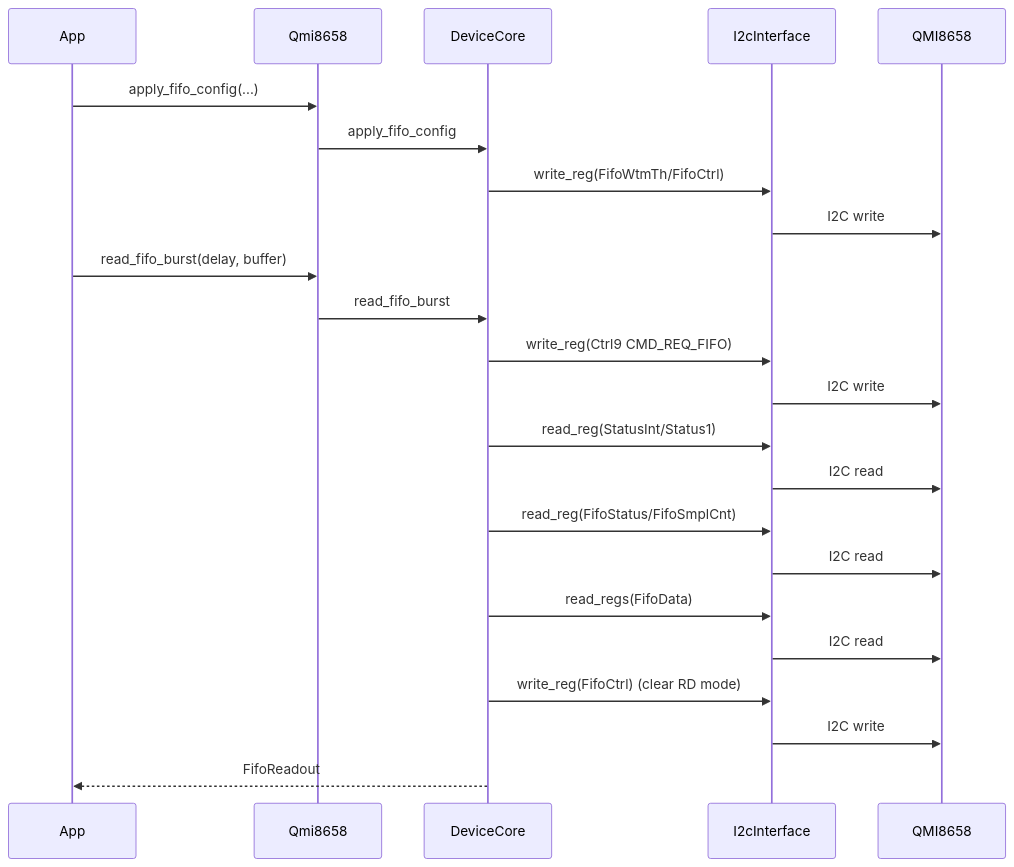
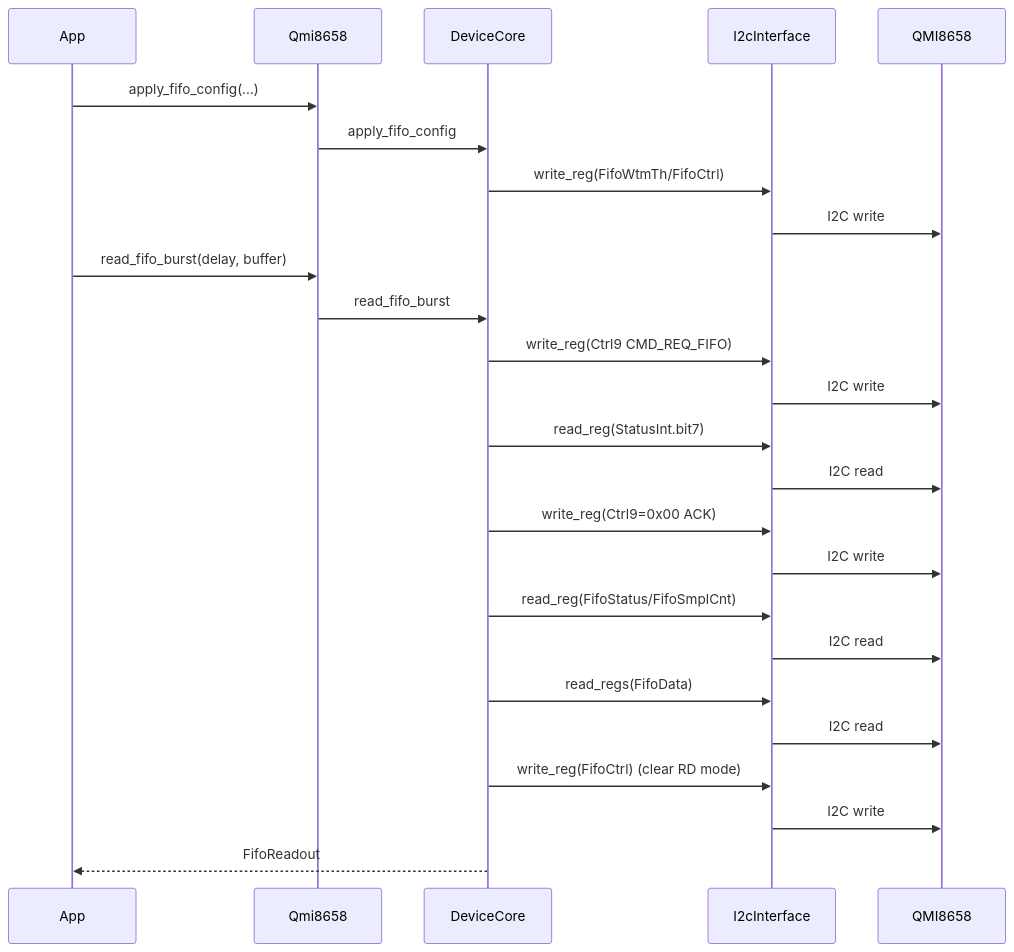
Before and after one commit to photon-circus/ph-qmi8658-imu: the third of 5 diagrams in crates/qmi8658/ARCHITECTURE.md, drawn with Mermaid. The commit also changed other lines of this file and 10 other files, not shown here.

````diff
--- a/crates/qmi8658/ARCHITECTURE.md
+++ b/crates/qmi8658/ARCHITECTURE.md
@@ -73,27 +82,29 @@
 ```mermaid
 sequenceDiagram
   participant App
   participant Driver as Qmi8658
   participant Core as DeviceCore
   participant Bus as I2cInterface
   participant Dev as QMI8658
 
   App->>Driver: apply_fifo_config(...)
   Driver->>Core: apply_fifo_config
   Core->>Bus: write_reg(FifoWtmTh/FifoCtrl)
   Bus->>Dev: I2C write
 
   App->>Driver: read_fifo_burst(delay, buffer)
   Driver->>Core: read_fifo_burst
   Core->>Bus: write_reg(Ctrl9 CMD_REQ_FIFO)
   Bus->>Dev: I2C write
-  Core->>Bus: read_reg(StatusInt/Status1)
+  Core->>Bus: read_reg(StatusInt.bit7)
   Bus->>Dev: I2C read
+  Core->>Bus: write_reg(Ctrl9=0x00 ACK)
+  Bus->>Dev: I2C write
   Core->>Bus: read_reg(FifoStatus/FifoSmplCnt)
   Bus->>Dev: I2C read
   Core->>Bus: read_regs(FifoData)
   Bus->>Dev: I2C read
   Core->>Bus: write_reg(FifoCtrl) (clear RD mode)
   Bus->>Dev: I2C write
   Core-->>App: FifoReadout
 ```
````
